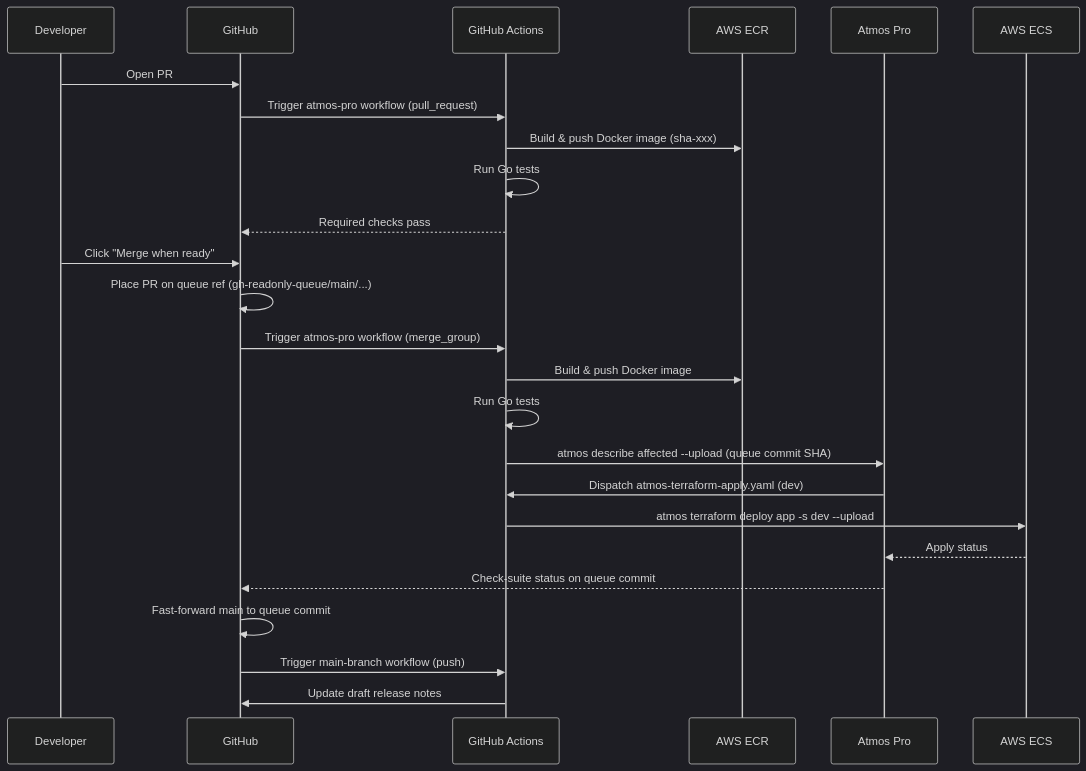
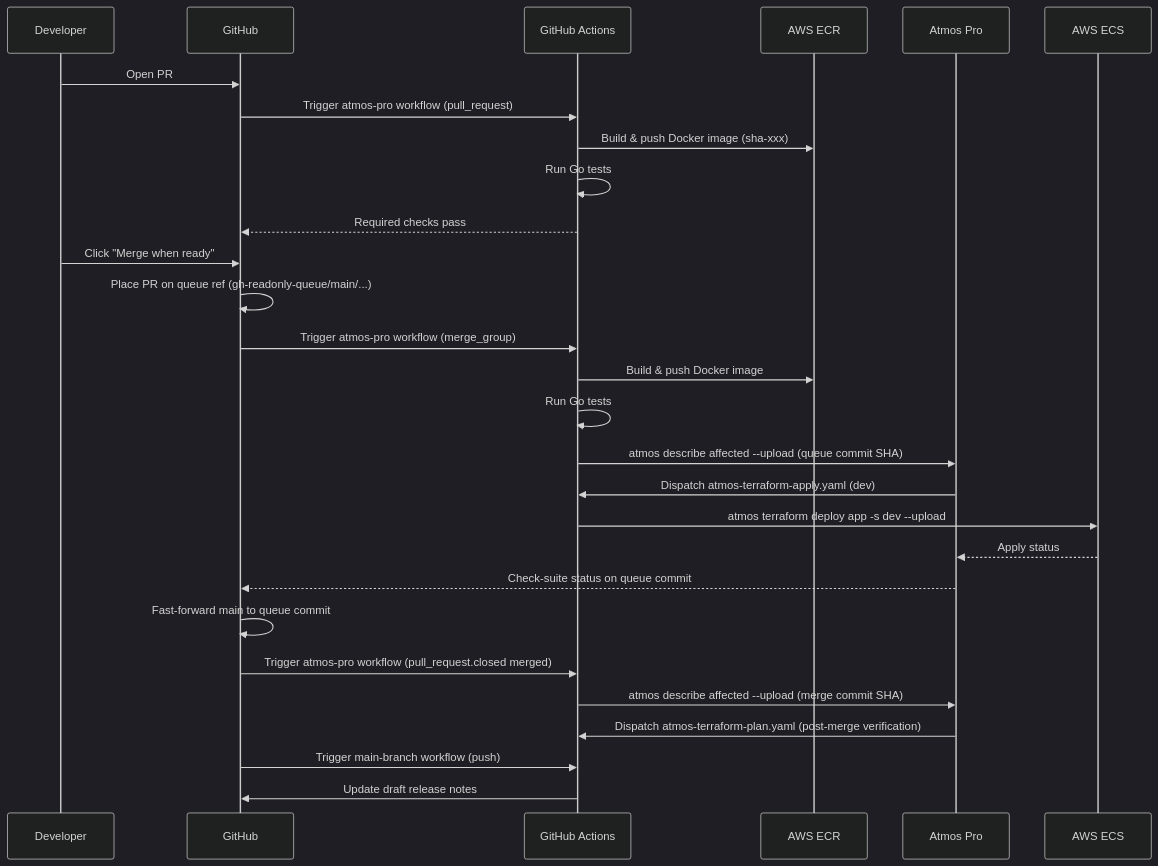
The first of 5 diagrams in .github/workflows/README.md (cloudposse-examples/atmos-pro-with-ecs), drawn with Mermaid (dark theme) before and after one commit. The commit also changed other lines of this file and 1 other file, not shown here.

Commit message:
Document Atmos Pro lifecycle config agreement

````diff
--- a/.github/workflows/README.md
+++ b/.github/workflows/README.md
@@ -49,28 +55,31 @@
 ```mermaid
 sequenceDiagram
     participant Dev as Developer
     participant GH as GitHub
     participant GA as GitHub Actions
     participant ECR as AWS ECR
     participant AP as Atmos Pro
     participant ECS as AWS ECS
 
     Dev->>GH: Open PR
     GH->>GA: Trigger atmos-pro workflow (pull_request)
     GA->>ECR: Build & push Docker image (sha-xxx)
     GA->>GA: Run Go tests
     GA-->>GH: Required checks pass
     Dev->>GH: Click "Merge when ready"
     GH->>GH: Place PR on queue ref (gh-readonly-queue/main/...)
     GH->>GA: Trigger atmos-pro workflow (merge_group)
     GA->>ECR: Build & push Docker image
     GA->>GA: Run Go tests
     GA->>AP: atmos describe affected --upload (queue commit SHA)
     AP->>GA: Dispatch atmos-terraform-apply.yaml (dev)
     GA->>ECS: atmos terraform deploy app -s dev --upload
     ECS-->>AP: Apply status
     AP-->>GH: Check-suite status on queue commit
     GH->>GH: Fast-forward main to queue commit
+    GH->>GA: Trigger atmos-pro workflow (pull_request.closed merged)
+    GA->>AP: atmos describe affected --upload (merge commit SHA)
+    AP->>GA: Dispatch atmos-terraform-plan.yaml (post-merge verification)
     GH->>GA: Trigger main-branch workflow (push)
     GA->>GH: Update draft release notes
 ```
````
